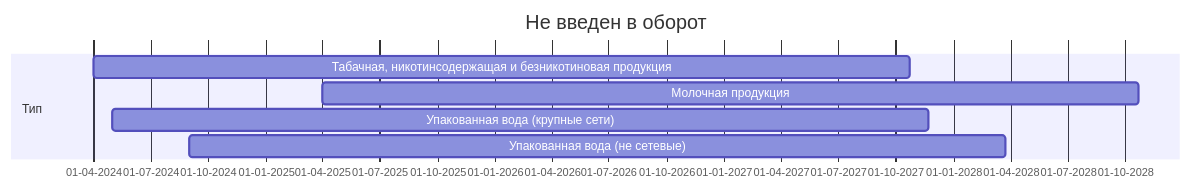
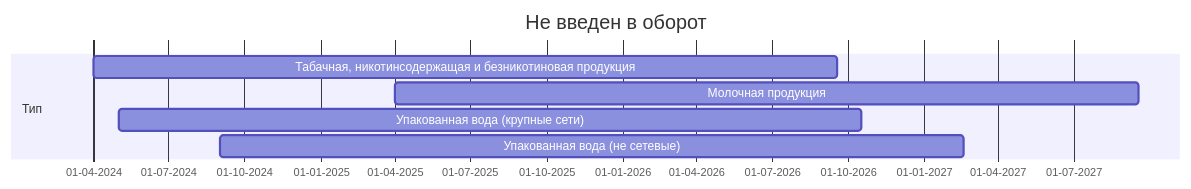
Before and after one commit to itidasoft/wiki: the fourth of 7 diagrams in imark/ppr1944.md, drawn with Mermaid. The commit also changed other lines of this file, not shown here.

````diff
--- a/imark/ppr1944.md
+++ b/imark/ppr1944.md
@@ -237,11 +237,11 @@
 ```mermaid
 gantt
 	title Не введен в оборот
   dateFormat DD-MM-YYYY
   axisFormat %d-%m-%Y
   section Тип
-  	Табачная, никотинсодержащая и безникотиновая продукция          :a1, 01-04-2024, 1300d
-    Молочная продукция    :a2, 01-04-2025, 1300d
-    Упакованная вода (крупные сети)   :a3, 01-05-2024, 1300d
-    Упакованная вода (не сетевые)   :a4, 01-09-2024, 1300d
+  	Табачная, никотинсодержащая и безникотиновая продукция          :a1, 01-04-2024, 900d
+    Молочная продукция    :a2, 01-04-2025, 900d
+    Упакованная вода (крупные сети)   :a3, 01-05-2024, 900d
+    Упакованная вода (не сетевые)   :a4, 01-09-2024, 900d
 ```
````
